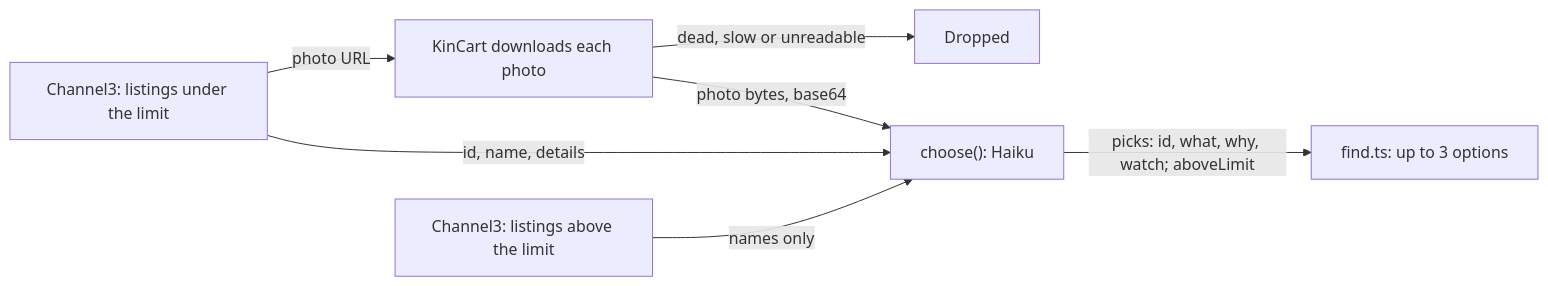
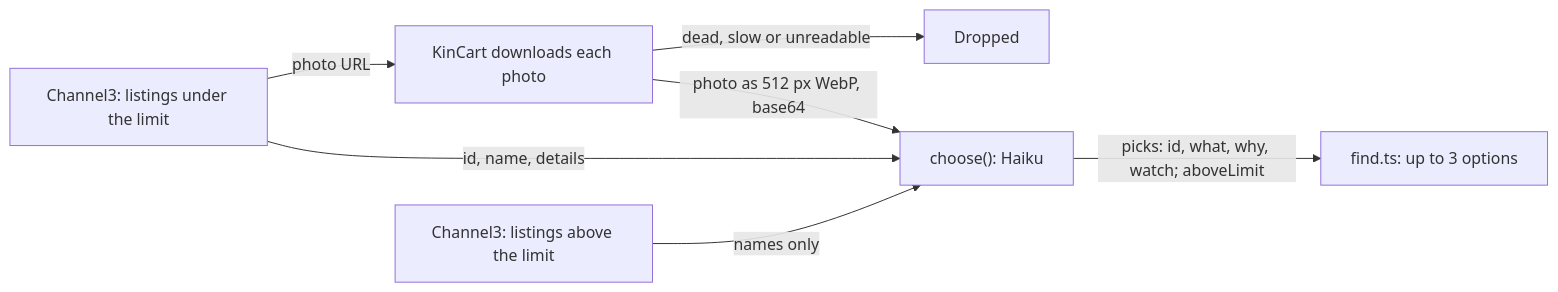
One commit to dzaffren/kincart changed the second of 5 diagrams in docs/specs/picks-that-match.md. Above: the diagram before and after it, drawn with Mermaid. The commit also changed other lines of this file and 3 other files, not shown here.

````diff
--- a/docs/specs/picks-that-match.md
+++ b/docs/specs/picks-that-match.md
@@ -115,9 +115,9 @@
 ```mermaid
 flowchart LR
     U["Channel3: listings under the limit"] -- "photo URL" --> DL[KinCart downloads each photo]
     DL -- "dead, slow or unreadable" --> X[Dropped]
-    DL -- "photo bytes, base64" --> CH["choose(): Haiku"]
+    DL -- "photo as 512 px WebP, base64" --> CH["choose(): Haiku"]
     U -- "id, name, details" --> CH
     A["Channel3: listings above the limit"] -- "names only" --> CH
     CH -- "picks: id, what, why, watch; aboveLimit" --> F["find.ts: up to 3 options"]
 ```
````
